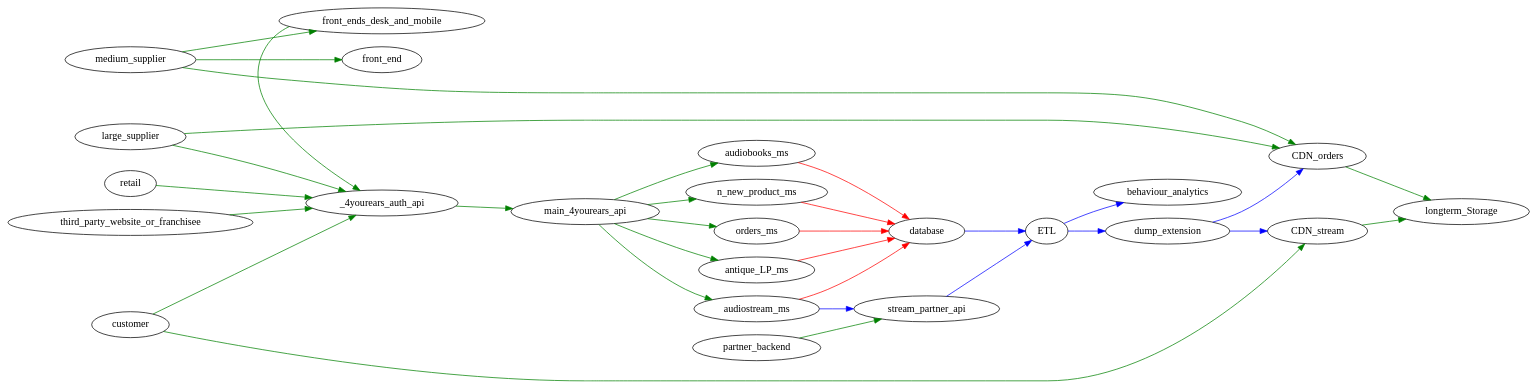
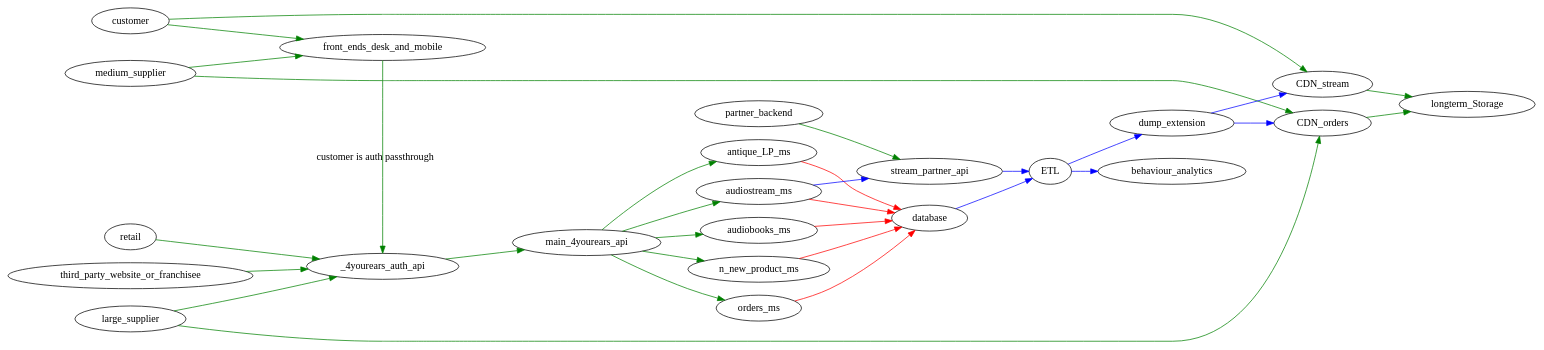
Before and after one commit to manilabay/dot-graphviz: the diagram in diagrams/mt-challenge-solution/mt-logical-architecture.dot, drawn with Graphviz. The commit also changed 1 other file, not shown here.

Commit message:
fix technical arch dot, adding aws ecr and fixing customer flows

```diff
--- a/diagrams/mt-challenge-solution/mt-logical-architecture.dot
+++ b/diagrams/mt-challenge-solution/mt-logical-architecture.dot
@@ -1,46 +1,47 @@
 
 digraph architecture {
   rankdir=LR;
 
   subgraph client_side_apps {
-      front_ends_desk_and_mobile -> {_4yourears_auth_api} [color="green"];
-      customer -> {_4yourears_auth_api} [color="green"];
+      front_ends_desk_and_mobile -> {_4yourears_auth_api} [label="customer is auth passthrough" color="green"];
+
+      customer -> {front_ends_desk_and_mobile} [color="green"];
       retail -> {_4yourears_auth_api} [color="green"];
       _4yourears_auth_api -> {main_4yourears_api} [color="green"];
-      medium_supplier -> {front_end, front_ends_desk_and_mobile} [color="green"];
+      medium_supplier -> {front_ends_desk_and_mobile} [color="green"];
       large_supplier -> {_4yourears_auth_api} [color="green"];
       partner_backend -> {stream_partner_api} [color="green"];
       third_party_website_or_franchisee -> {_4yourears_auth_api} [color="green"];
 
-      {rank=same; front_end, front_ends_desk_and_mobile, _4yourears_auth_api} [color="green"];
+      {rank=same; front_ends_desk_and_mobile, _4yourears_auth_api} [color="green"];
   }
 
   subgraph api_gateways {
       main_4yourears_api -> {antique_LP_ms, audiobooks_ms, audiostream_ms, n_new_product_ms, orders_ms} [color="green"];
   }
 
   subgraph microservices {
       orders_ms -> {database} [color="red"];
       antique_LP_ms -> {database} [color="red"];
       audiobooks_ms -> {database} [color="red"];
       n_new_product_ms -> {database} [color="red"];
       audiostream_ms -> {database} [color="red"];
       audiostream_ms -> {stream_partner_api} [color="blue"];
 
       dump_extension -> {CDN_orders} [color="blue"];
       dump_extension -> {CDN_stream} [color="blue"];
 
       database -> {ETL} [color="blue"];
       ETL -> behaviour_analytics [color="blue"];
       stream_partner_api -> {ETL} [color="blue"];
       ETL -> dump_extension [color="blue"];
 
       customer -> {CDN_stream} [color="green"];
       medium_supplier -> {CDN_orders} [color="green"];
       large_supplier -> {CDN_orders} [color="green"];
 
       CDN_orders -> {longterm_Storage} [color="green"];
       CDN_stream -> {longterm_Storage} [color="green"];
 
   }
 }
```
